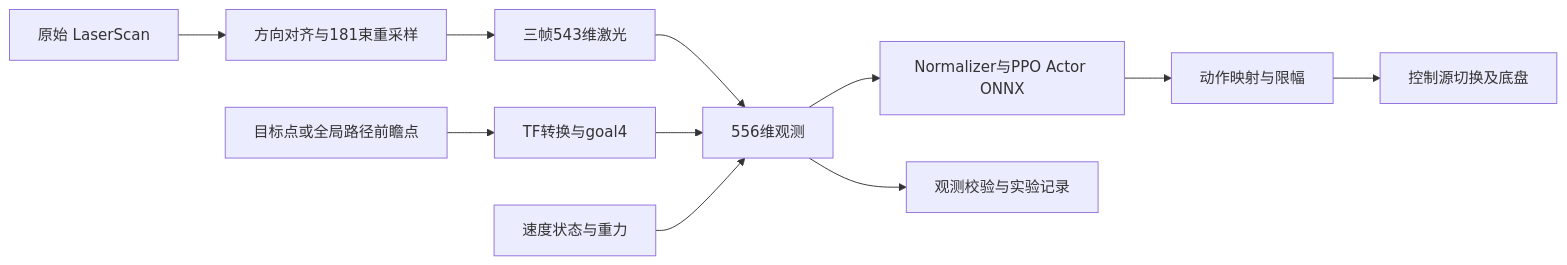
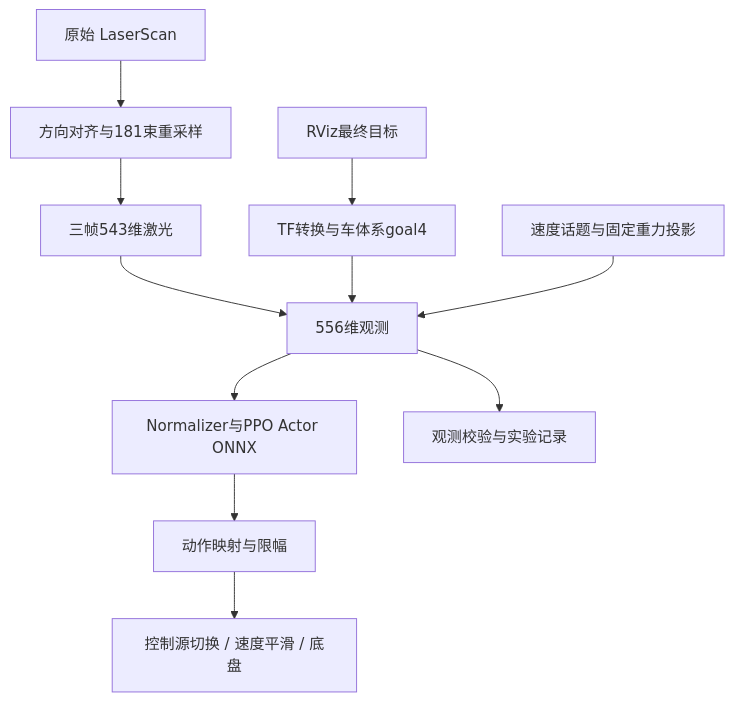
Before and after one commit to hugh82617/zeus-s2-rl-navigation: the diagram in README.md, drawn with Mermaid. The commit also changed other lines of this file and 3 other files, not shown here.

````diff
--- a/README.md
+++ b/README.md
@@ -27,13 +37,13 @@
 ```mermaid
-flowchart LR
+flowchart TD
     A[原始 LaserScan] --> B[方向对齐与181束重采样]
     B --> C[三帧543维激光]
-    D[目标点或全局路径前瞻点] --> E[TF转换与goal4]
+    D[RViz最终目标] --> E[TF转换与车体系goal4]
     C --> F[556维观测]
     E --> F
-    G[速度状态与重力] --> F
+    G[速度话题与固定重力投影] --> F
     F --> H[Normalizer与PPO Actor ONNX]
     H --> I[动作映射与限幅]
-    I --> J[控制源切换及底盘]
+    I --> J[控制源切换 / 速度平滑 / 底盘]
     F --> K[观测校验与实验记录]
 ```
````
